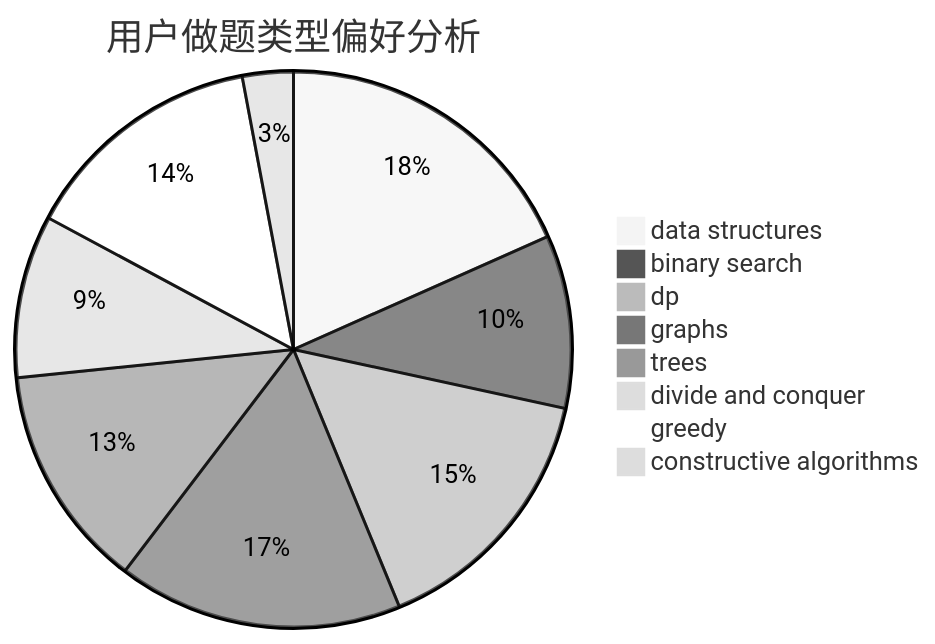
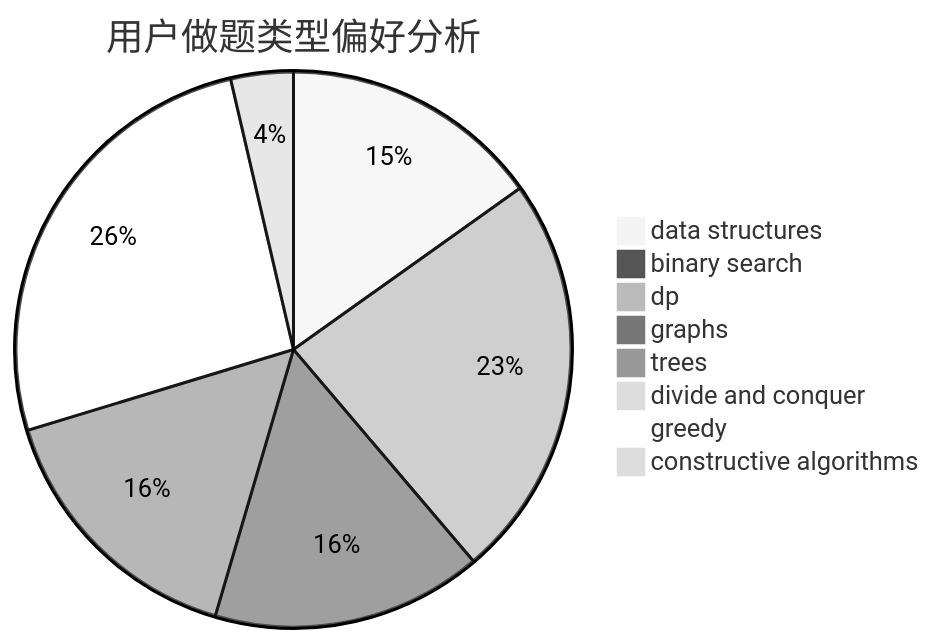
One commit to sherpahu/cfrs.github.io changed the second of 3 diagrams in docs/user/u359.md. Above: the diagram before and after it, drawn with Mermaid (neutral theme). The commit also changed other lines of this file and 2770 other files, not shown here.

````diff
--- a/docs/user/u359.md
+++ b/docs/user/u359.md
@@ -23,11 +23,11 @@
 ```mermaid
 pie title 用户做题类型偏好分析
-    "data structures" :  31
-    "binary search" :  17
-    "dp" :  26
-    "graphs" :  28
-    "trees" :  22
-    "divide and conquer" :  16
-    "greedy" :  24
-    "constructive algorithms" :  5
+    "data structures" :  25
+    "binary search" :  0
+    "dp" :  39
+    "graphs" :  26
+    "trees" :  26
+    "divide and conquer" :  1
+    "greedy" :  43
+    "constructive algorithms" :  6
 ```
````
